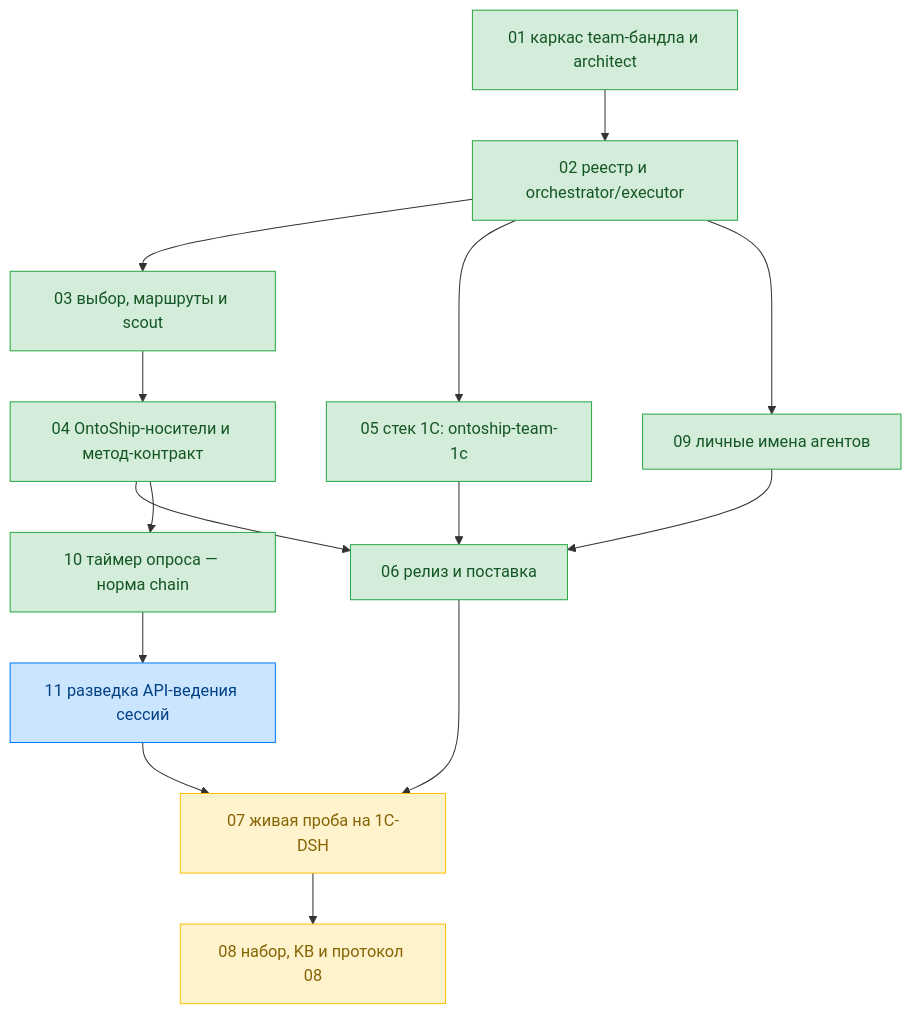
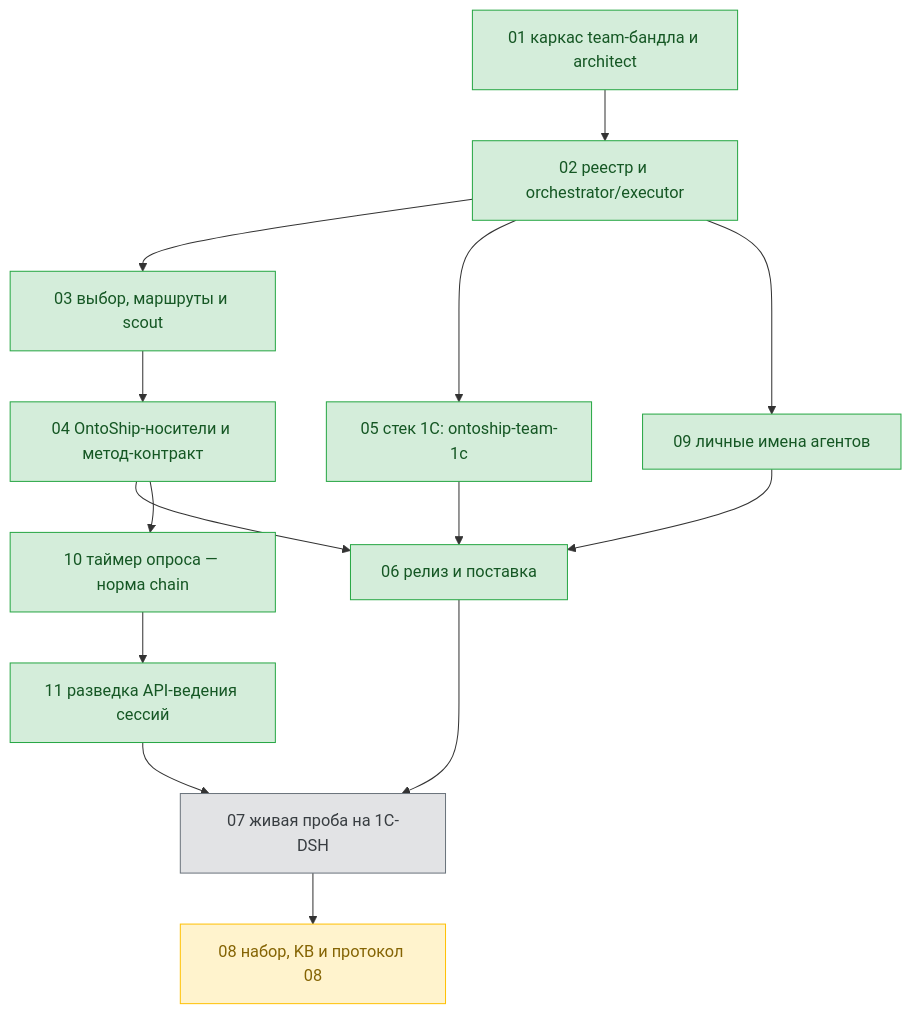
The diagram in tickets/team-profiles/dag.md (ntin60775/ontoship-ntin), drawn with Mermaid before and after one commit. The commit also changed other lines of this file and 4 other files, not shown here.

````diff
--- a/tickets/team-profiles/dag.md
+++ b/tickets/team-profiles/dag.md
@@ -11,37 +11,37 @@
 ```mermaid
 flowchart TD
   T01["01 каркас team-бандла и architect"]
   T02["02 реестр и orchestrator/executor"]
   T03["03 выбор, маршруты и scout"]
   T04["04 OntoShip-носители и метод-контракт"]
   T05["05 стек 1C: ontoship-team-1c"]
   T06["06 релиз и поставка"]
   T07["07 живая проба на 1C-DSH"]
   T08["08 набор, KB и протокол 08"]
   T09["09 личные имена агентов"]
   T10["10 таймер опроса — норма chain"]
   T11["11 разведка API-ведения сессий"]
 
   T01 --> T02
   T02 --> T03
   T02 --> T05
   T02 --> T09
   T03 --> T04
   T04 --> T06
   T04 --> T10
   T05 --> T06
   T09 --> T06
   T06 --> T07
   T10 --> T11
   T11 --> T07
   T07 --> T08
 
   classDef done fill:#d4edda,stroke:#28a745,color:#155724;
   classDef running fill:#cce5ff,stroke:#007bff,color:#004085;
   classDef pending fill:#e2e3e5,stroke:#6c757d,color:#383d41;
   classDef waiting fill:#fff3cd,stroke:#ffc107,color:#856404;
 
-  class T01,T02,T03,T04,T05,T06,T09,T10 done;
-  class T11 running;
-  class T07,T08 waiting;
+  class T01,T02,T03,T04,T05,T06,T09,T10,T11 done;
+  class T07 pending;
+  class T08 waiting;
 ```
````
